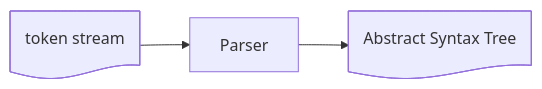
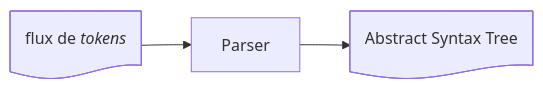
One commit to Pvlerick/DevDay2025 changed the fifth of 11 diagrams in slides.md. Above: the diagram before and after it, drawn with Mermaid. The commit also changed other lines of this file and 6 other files, not shown here.

````diff
--- a/slides.md
+++ b/slides.md
@@ -146,7 +155,7 @@
 ```mermaid
 flowchart LR
-    token_stream@{ shape: doc, label: "token stream"}
+    token_stream@{ shape: doc, label: "flux de _tokens_"}
     parser["Parser"]
     syntax_tree@{ shape: doc, label: "Abstract Syntax Tree"}
     token_stream --> parser --> syntax_tree
 ```
````
